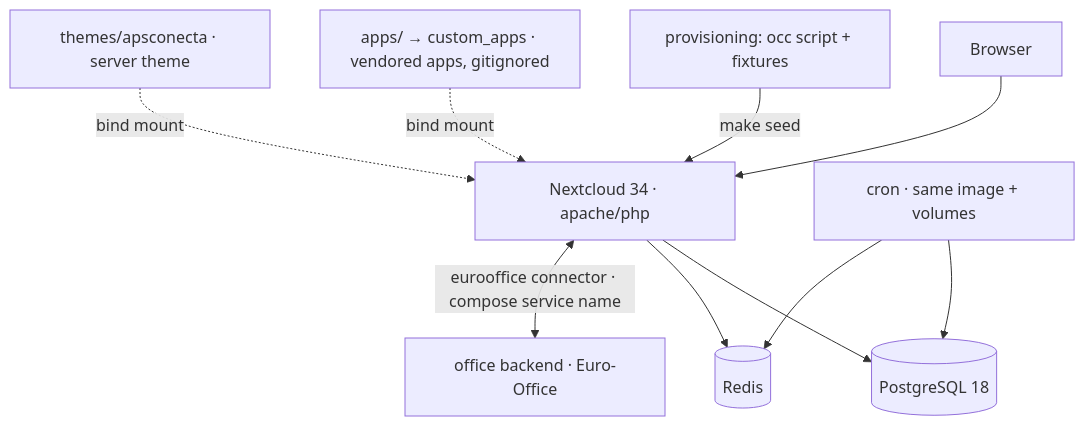
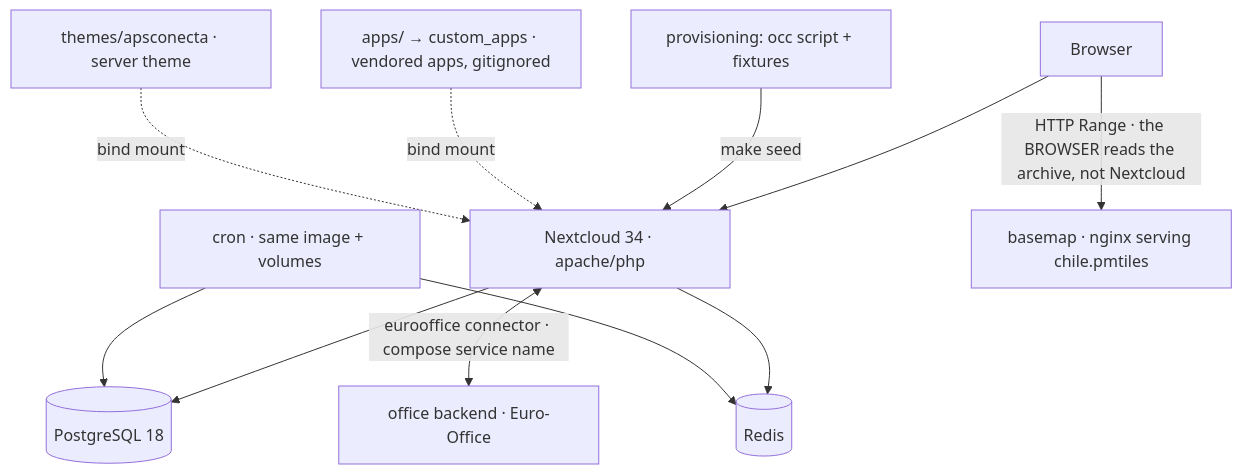
Before and after one commit to APS-Conecta/gestion: the first of 2 diagrams in docs/ARCHITECTURE.md, drawn with Mermaid. The commit also changed other lines of this file and 7 other files, not shown here.

````diff
--- a/docs/ARCHITECTURE.md
+++ b/docs/ARCHITECTURE.md
@@ -73,12 +74,13 @@
 ```mermaid
 graph TD
   B[Browser] --> NC[Nextcloud 34 · apache/php]
   NC --> PG[(PostgreSQL 18)]
   NC --> R[(Redis)]
   CR[cron · same image + volumes] --> PG
   CR --> R
   NC <-->|eurooffice connector · compose service name| C[office backend · Euro-Office]
+  B -->|HTTP Range · the BROWSER reads the archive, not Nextcloud| TI[basemap · nginx serving chile.pmtiles]
   PROV[provisioning: occ script + fixtures] -->|make seed| NC
   A[apps/ → custom_apps · vendored apps, gitignored] -.bind mount.-> NC
   T[themes/apsconecta · server theme] -.bind mount.-> NC
 ```
````
